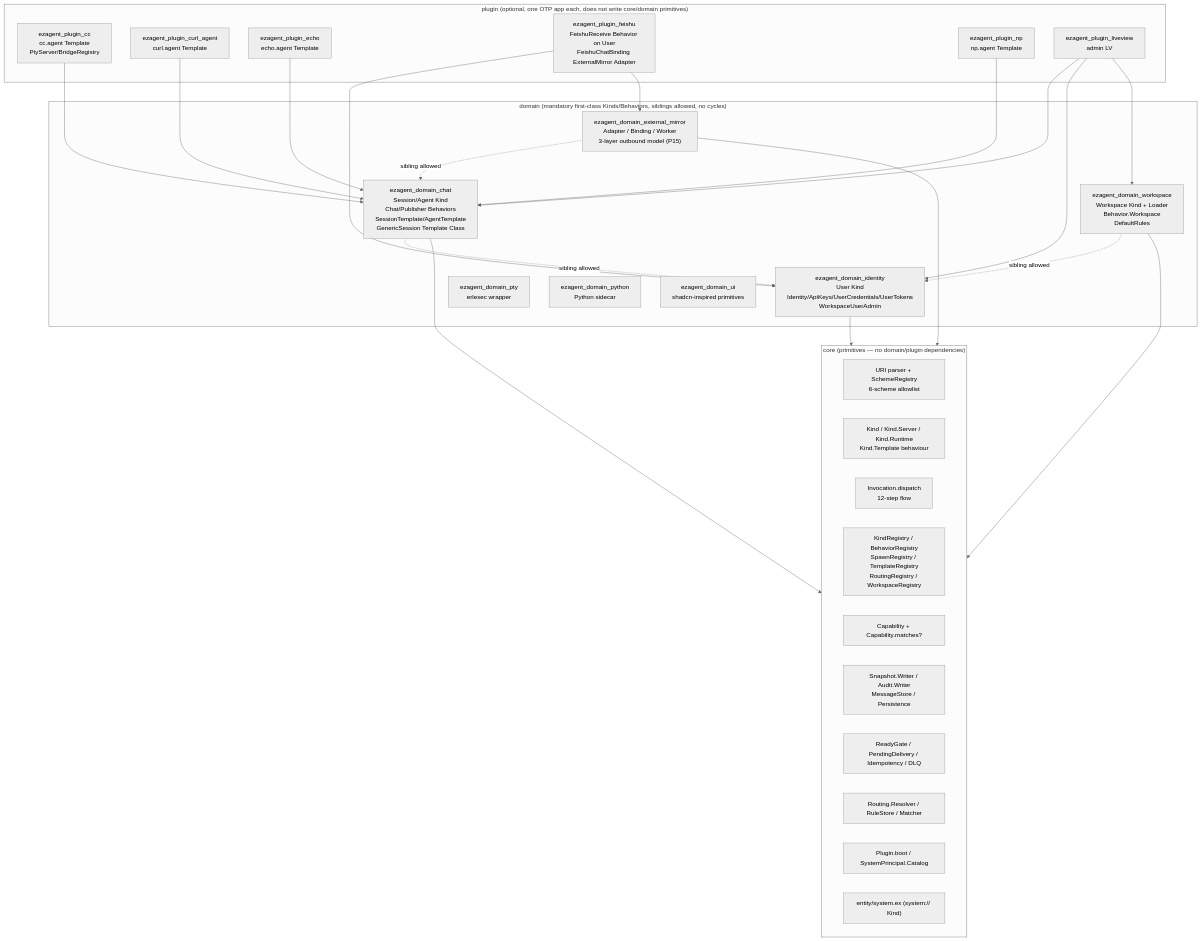
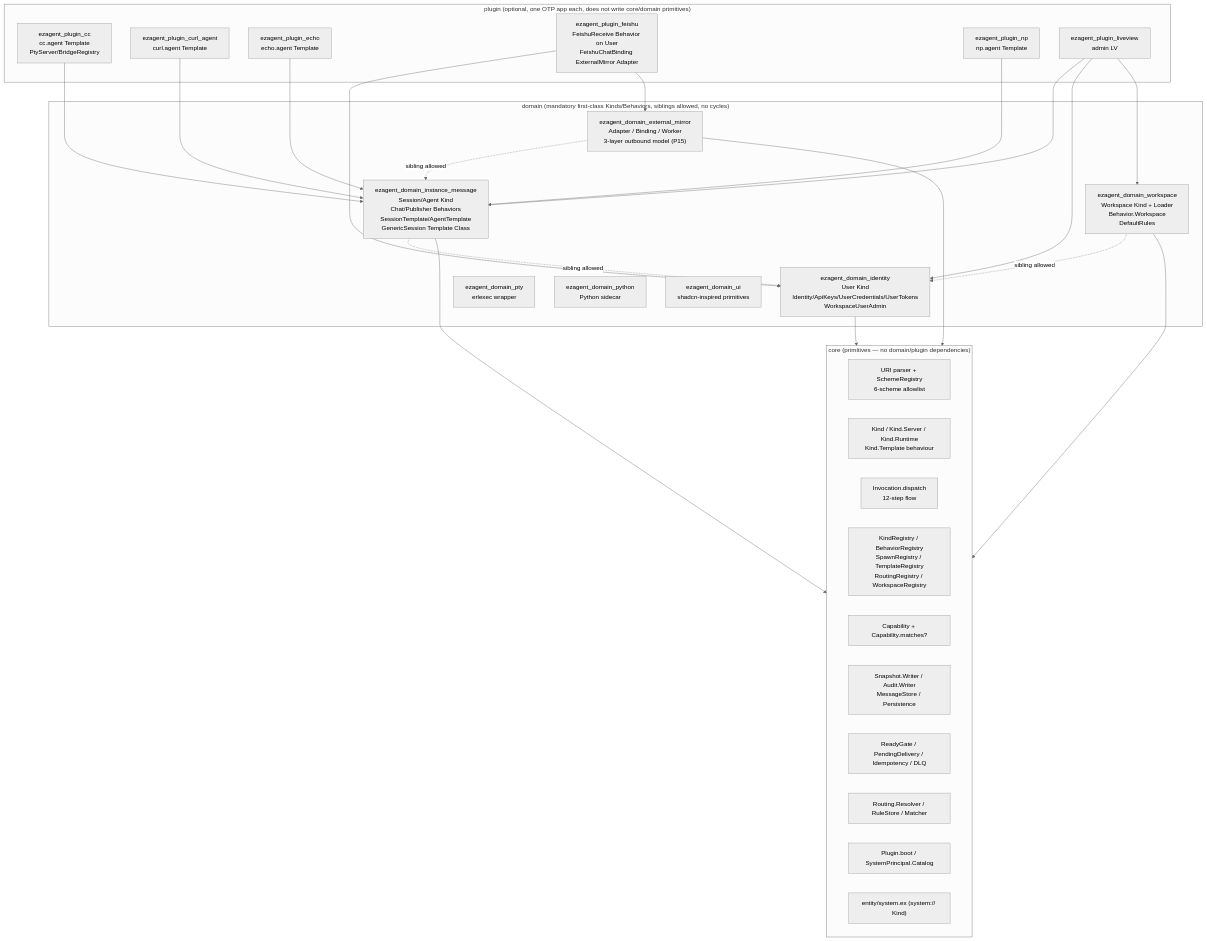
Before and after one commit to ezagent42/ezagent: the fifth of 5 diagrams in docs/notes/2026-05-26-architecture-analysis-wser.md, drawn with Mermaid (neutral theme). The commit also changed other lines of this file and 448 other files, not shown here.

````diff
--- a/docs/notes/2026-05-26-architecture-analysis-wser.md
+++ b/docs/notes/2026-05-26-architecture-analysis-wser.md
@@ -300,52 +300,52 @@
 ```mermaid
 graph TB
     subgraph PLUGIN["plugin (optional, one OTP app each, does not write core/domain primitives)"]
         PCC[ezagent_plugin_cc<br/>cc.agent Template<br/>PtyServer/BridgeRegistry]
         PCURL[ezagent_plugin_curl_agent<br/>curl.agent Template]
         PECHO[ezagent_plugin_echo<br/>echo.agent Template]
         PFEISHU[ezagent_plugin_feishu<br/>FeishuReceive Behavior on User<br/>FeishuChatBinding ExternalMirror Adapter]
         PNP[ezagent_plugin_np<br/>np.agent Template]
         PLV[ezagent_plugin_liveview<br/>admin LV]
     end
 
     subgraph DOMAIN["domain (mandatory first-class Kinds/Behaviors, siblings allowed, no cycles)"]
-        DCHAT["ezagent_domain_chat<br/>Session/Agent Kind<br/>Chat/Publisher Behaviors<br/>SessionTemplate/AgentTemplate<br/>GenericSession Template Class"]
+        DCHAT["ezagent_domain_instance_message<br/>Session/Agent Kind<br/>Chat/Publisher Behaviors<br/>SessionTemplate/AgentTemplate<br/>GenericSession Template Class"]
         DIDENT["ezagent_domain_identity<br/>User Kind<br/>Identity/ApiKeys/UserCredentials/UserTokens<br/>WorkspaceUserAdmin"]
         DWS["ezagent_domain_workspace<br/>Workspace Kind + Loader<br/>Behavior.Workspace<br/>DefaultRules"]
         DEM["ezagent_domain_external_mirror<br/>Adapter / Binding / Worker<br/>3-layer outbound model (P15)"]
         DPTY[ezagent_domain_pty<br/>erlexec wrapper]
         DPY[ezagent_domain_python<br/>Python sidecar]
         DUI[ezagent_domain_ui<br/>shadcn-inspired primitives]
     end
 
     subgraph CORE["core (primitives — no domain/plugin dependencies)"]
         CURI[URI parser + SchemeRegistry<br/>6-scheme allowlist]
         CKIND[Kind / Kind.Server / Kind.Runtime<br/>Kind.Template behaviour]
         CDISP[Invocation.dispatch<br/>12-step flow]
         CREG[KindRegistry / BehaviorRegistry<br/>SpawnRegistry / TemplateRegistry<br/>RoutingRegistry / WorkspaceRegistry]
         CCAP[Capability + Capability.matches?]
         CPERS[Snapshot.Writer / Audit.Writer<br/>MessageStore / Persistence]
         CRELI[ReadyGate / PendingDelivery / Idempotency / DLQ]
         CROUT[Routing.Resolver / RuleStore / Matcher]
         CPLUG[Plugin.boot / SystemPrincipal.Catalog]
         CSYS["entity/system.ex (system:// Kind)"]
     end
 
     PCC --> DCHAT
     PCURL --> DCHAT
     PECHO --> DCHAT
     PFEISHU --> DIDENT
     PFEISHU --> DEM
     PNP --> DCHAT
     PLV --> DCHAT
     PLV --> DIDENT
     PLV --> DWS
 
     DCHAT --> CORE
     DIDENT --> CORE
     DWS --> CORE
     DEM --> CORE
     DCHAT -.->|sibling allowed| DIDENT
     DWS -.->|sibling allowed| DIDENT
     DEM -.->|sibling allowed| DCHAT
 ```
````
